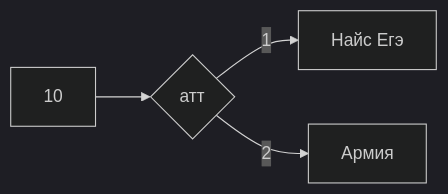
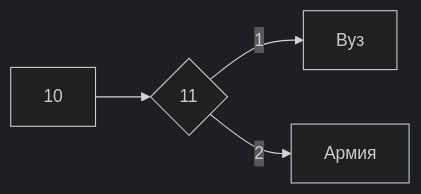
The diagram in README.md (katela2006/Alexey), drawn with Mermaid (dark theme) before and after one commit.

````diff
--- a/README.md
+++ b/README.md
@@ -43,7 +43,7 @@
 ```mermaid 
 flowchart LR
 
-A[10] --> C{атт}
-C -->|1| D[Найс Егэ]
+A[10] --> C{11}
+C -->|1| D[Вуз]
 C -->|2| E[Армия]
 ```
````
